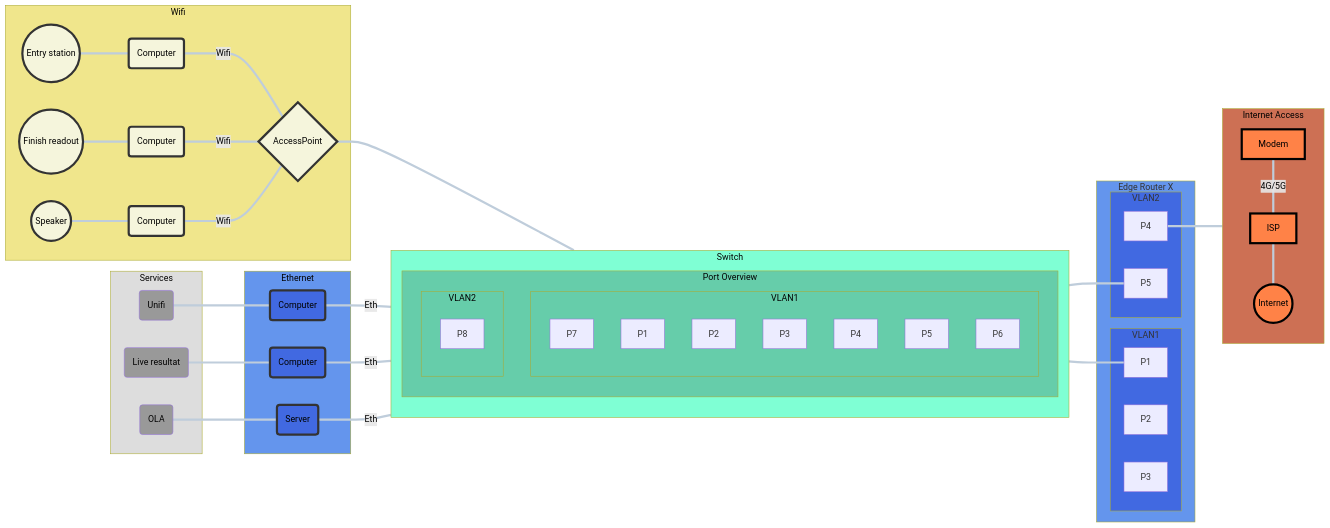
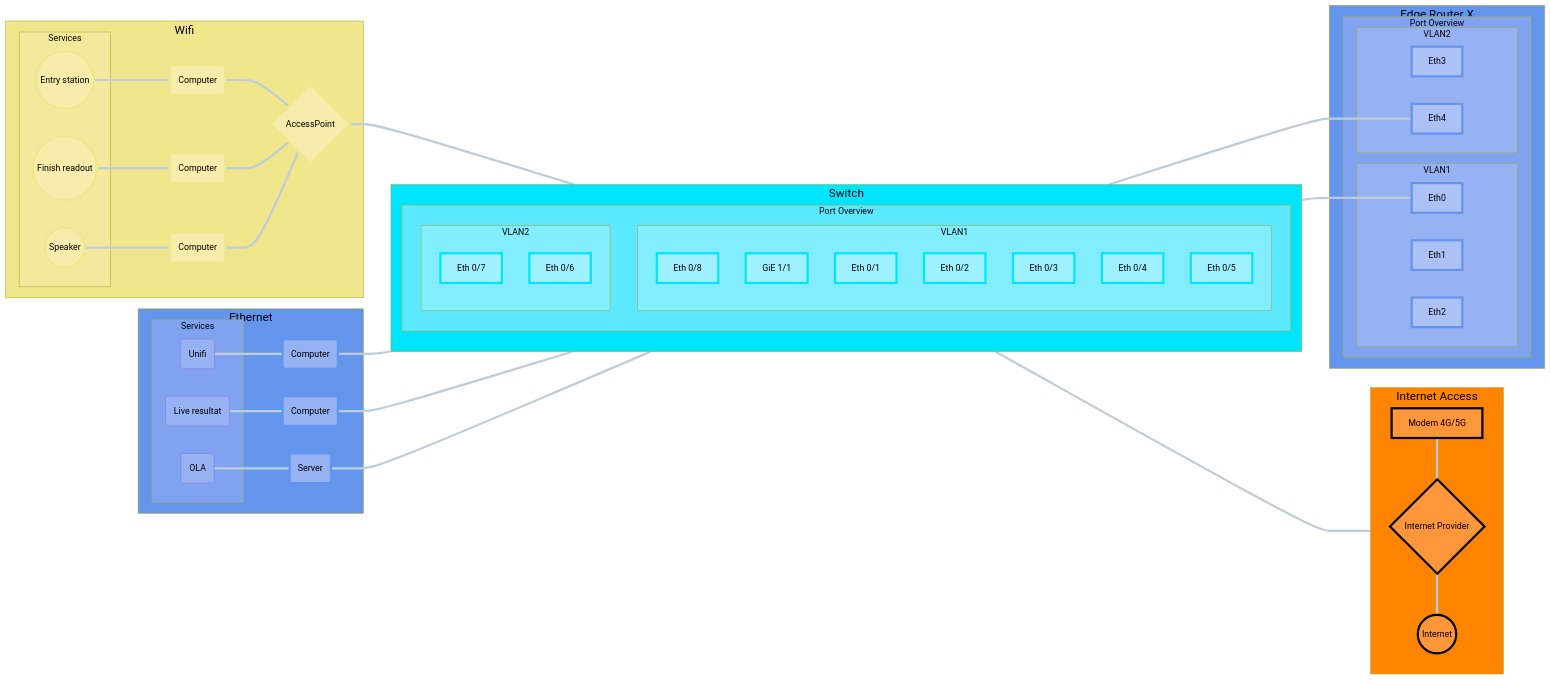
The diagram in network.md (sdaaish/OL-event), drawn with Mermaid before and after one commit.

Commit message:
Update config to actual

````diff
--- a/network.md
+++ b/network.md
@@ -6,95 +6,120 @@
 
 flowchart LR
   linkStyle default stroke:#bfcddb,stroke-width:4px,color:#000
+  classDef Large font-size:16pt;
 
     subgraph Internet [Internet Access]
-      style Internet fill:#cd7054,color:#000
+      style Internet fill:#ff8400,color:#000,font-size:16pt
       direction TB
-      M ---|4G/5G| ISP
+      M --- ISP{Internet Provider}
       ISP --- Int((Internet))
-      classDef Iclass fill:#ff8247,stroke:#000,stroke-width:4px,color:#000;
+      classDef Iclass fill:#ff9639,stroke:#000,stroke-width:4px,color:#000,font-size:12pt;
       class M,ISP,Int Iclass;
+      class Internet Large;
     end
 
     subgraph ER [Edge Router X]
-      style ER fill:#6495ed
+      style ER fill:#6495ed,color:black
 
-      subgraph VLAN21 [VLAN1]
-        style VLAN21 fill:#4169e1
-        PX1[P1]
-        PX2[P2]
-        PX3[P3]
+      subgraph Ports1 [Port Overview]
+        style Ports1 fill:#7fa3f0,color:#000
 
+        subgraph VLAN21 [VLAN1]
+          style VLAN21 fill:#96b2f3,color:black
+          PX1[Eth0]
+          PX2[Eth1]
+          PX3[Eth2]
+
+        end
+
+        subgraph VLAN22 [VLAN2]
+          style VLAN22 fill:#96b2f3,color:black
+          PX4[Eth3]
+          PX5[Eth4]
+        end
       end
-
-      subgraph VLAN22 [VLAN2]
-        style VLAN22 fill:#4169e1
-        PX4[P4] --- M[Modem]
-        PX5[P5]
-      end
-
-    end
-    subgraph Services
-        style Services fill:#ddd,color:black
-      B(Unifi)
-      O(OLA)
-      L(Live resultat)
-      classDef Sclass fill:#999,color:black;
-      class B,O,L Sclass;
+      classDef Xclass fill:#acc1f6,stroke:#6495ed,stroke-width:4px,color:#000;
+      class PX1,PX2,PX3,PX4,PX5 Xclass;
+      class ER Large;
     end
 
     subgraph Switch
-      style Switch fill:#7fffd4,color:#000
+      style Switch fill:#00e5ff,color:#000
       direction TB
-      P8 --- PX5
-      P7 --- PX1
+      P8
+      P7
+      P9  === PX1
 
-      subgraph Ports [Port Overview]
-        style Ports fill:#66cdaa,color:#000
+      subgraph Ports2 [Port Overview]
+        style Ports2 fill:#5be9ff,color:#000
 
-      subgraph VLAN1
-      style VLAN1 fill:#66cdaa,color:#000
-        direction TB
-        P1
-        P2
-        P3
-        P4
-        P5
-        P6
-        P7
+        subgraph VLAN1
+          style VLAN1 fill:#82edff,color:#000
+          direction TB
+          P1[Eth 0/1]
+          P2[Eth 0/2]
+          P3[Eth 0/3]
+          P4[Eth 0/4]
+          P5[Eth 0/5]
+          P8[Eth 0/8]
+          P9[GiE 1/1]
+        end
+
+        subgraph VLAN2
+          style VLAN2 fill:#82edff,color:#000
+          direction TB
+          P6[Eth 0/6] === M[Modem 4G/5G]
+          P7[Eth 0/7]  === PX5
+        end
+      end
+      classDef Swclass fill:#a0f1ff,stroke:#00e5ff,stroke-width:4px,color:#000;
+      class P1,P2,P3,P4,P5,P6,P7,P8,P9 Swclass;
+      class Switch Large;
+    end
+
+      subgraph Wifi
+        style Wifi fill:#f0e68c,color:#000
+        C1(Computer) --- AP
+        C2(Computer) --- AP
+        C5(Computer) --- AP
+        AP{AccessPoint} --- P8
+        E1((Entry station)):::Wclass --- C1
+        F1((Finish readout)):::Wclass --- C2
+        SP1((Speaker)):::Wclass --- C5
+
+      subgraph ServicesW [Services]
+        style ServicesW fill:#f3e99d,color:black
+        E1
+        F1
+        SP1
       end
 
-      subgraph VLAN2
-        style VLAN2 fill:#66cdaa,color:#000
-        direction TB
-        P8
-      end
+      classDef Wclass fill:#f6edad,stroke:#f0e68c,stroke-width:4px,color:#000;
+      class C1,C2,C5,AP Wclass;
+      class Wifi Large;
+    end
+
+    subgraph Ethernet
+      style Ethernet fill:#6495ed,color:#000
+      C3(Computer) --- P1
+      C4(Computer) --- P2
+      B --- C3
+      S1(Server) --- P3
+      O --- S1
+      L --- C4
+      classDef Eclass fill:#96b2f3,stroke:#6495ed,stroke-width:4px,color:#000;
+      class C3,C4,S1 Eclass;
+      class Ethernet Large;
+
+      subgraph ServicesE [Services]
+          style ServicesE fill:#7fa3f0,color:black
+          B(Unifi)
+          O(OLA)
+          L(Live resultat)
+          classDef Sclass fill:#96b2f3,color:black;
+          class B,O,L Sclass;
       end
     end
 
-    subgraph Wifi
-    style Wifi fill:#f0e68c,color:#000
-    C1(Computer) ---|Wifi| AP
-    C2(Computer) ---|Wifi| AP
-    C5(Computer) ---|Wifi| AP
-    AP{AccessPoint} --- P6
-    E1((Entry station)):::Wclass --- C1
-    F1((Finish readout)):::Wclass --- C2
-    SP1((Speaker)):::Wclass --- C5
-    classDef Wclass fill:#f5f5dc,stroke:#333,stroke-width:4px,color:#000;
-    class C1,C2,C5,AP Wclass;
-    end
-
-    subgraph Ethernet
-    style Ethernet fill:#6495ed,color:#000
-    C3(Computer) ---|Eth| P1
-    C4(Computer) ---|Eth| P2
-    B --- C3
-    S1(Server) ---|Eth| P3
-    O --- S1
-    L --- C4
-    classDef Eclass fill:#4169e1,stroke:#333,stroke-width:4px,color:#000;
-    class C3,C4,S1 Eclass;
-    end
 
 ```
````
